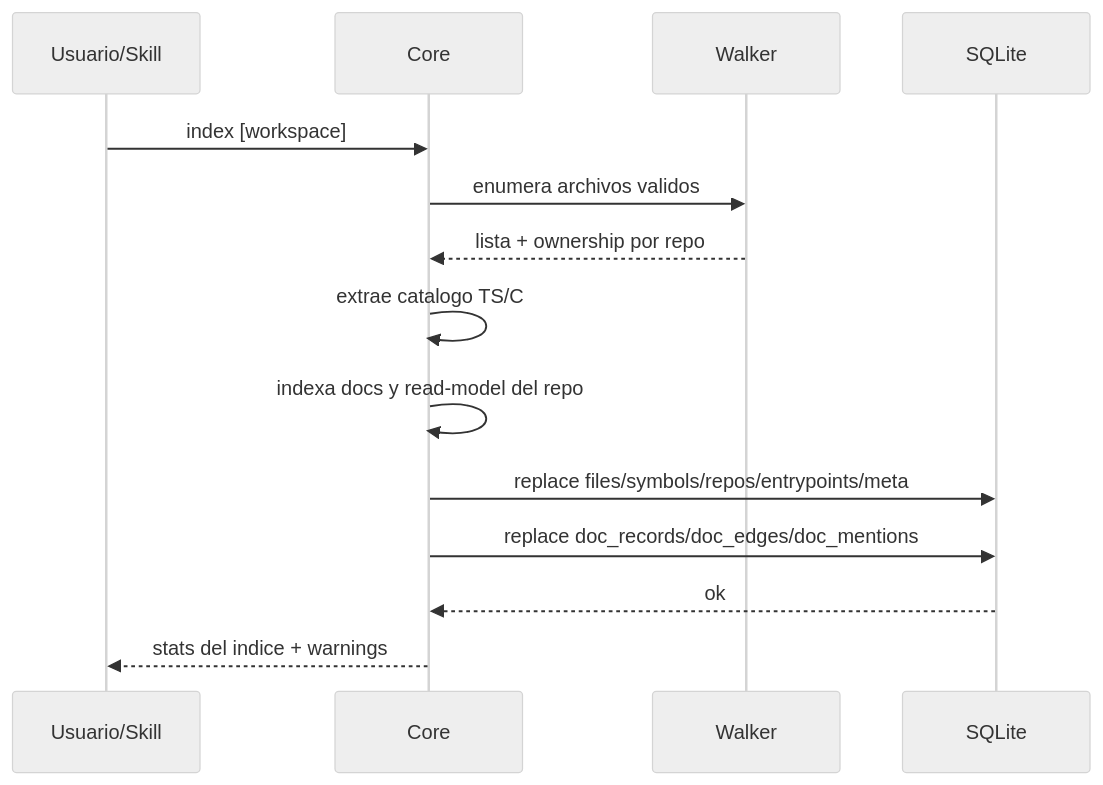
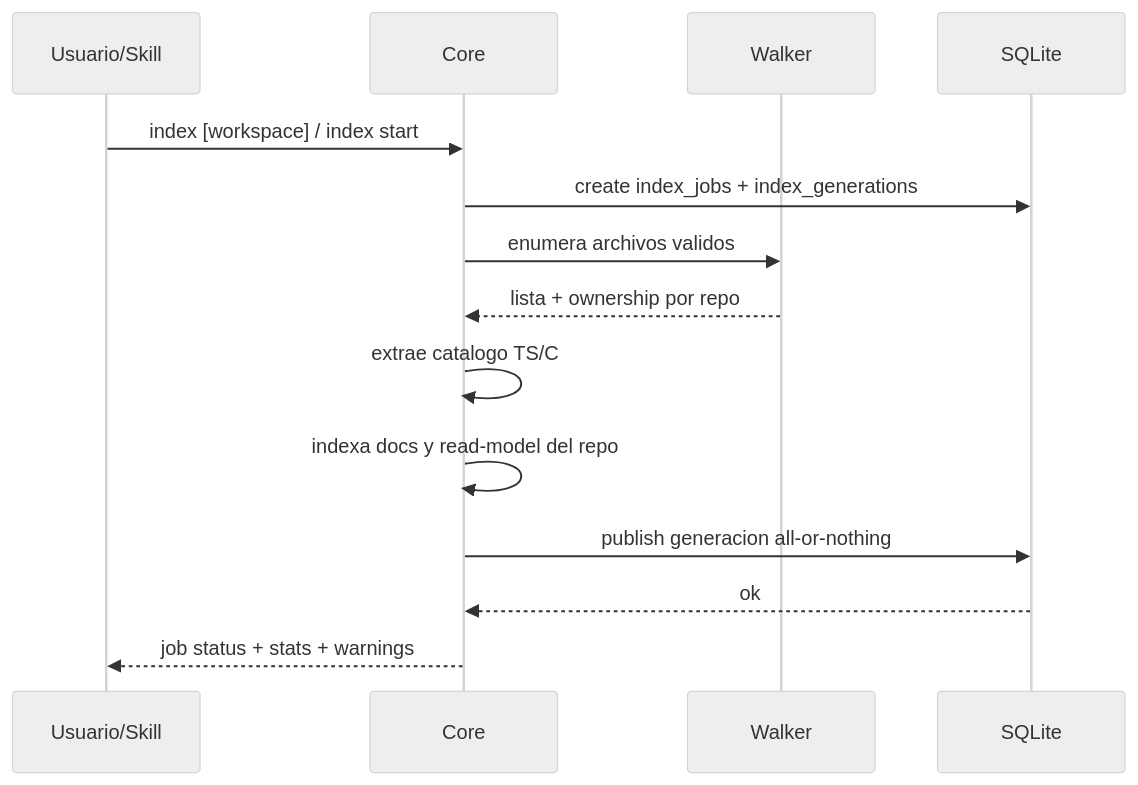
One commit to fgpaz/mi-lsp changed the diagram in .docs/wiki/03_FL/FL-IDX-01.md. Above: the diagram before and after it, drawn with Mermaid (neutral theme). The commit also changed other lines of this file and 38 other files, not shown here.

Commit message:
feat(index): add durable index jobs and recovery hardening

````diff
--- a/.docs/wiki/03_FL/FL-IDX-01.md
+++ b/.docs/wiki/03_FL/FL-IDX-01.md
@@ -14,17 +14,17 @@
 ```mermaid
 sequenceDiagram
     participant U as Usuario/Skill
     participant C as Core
     participant W as Walker
     participant DB as SQLite
 
-    U->>C: index [workspace]
+    U->>C: index [workspace] / index start
+    C->>DB: create index_jobs + index_generations
     C->>W: enumera archivos validos
     W-->>C: lista + ownership por repo
     C->>C: extrae catalogo TS/C# liviano
     C->>C: indexa docs y read-model del repo
-    C->>DB: replace files/symbols/repos/entrypoints/meta
-    C->>DB: replace doc_records/doc_edges/doc_mentions
+    C->>DB: publish generacion all-or-nothing
     DB-->>C: ok
-    C-->>U: stats del indice + warnings
+    C-->>U: job status + stats + warnings
 ```
````
